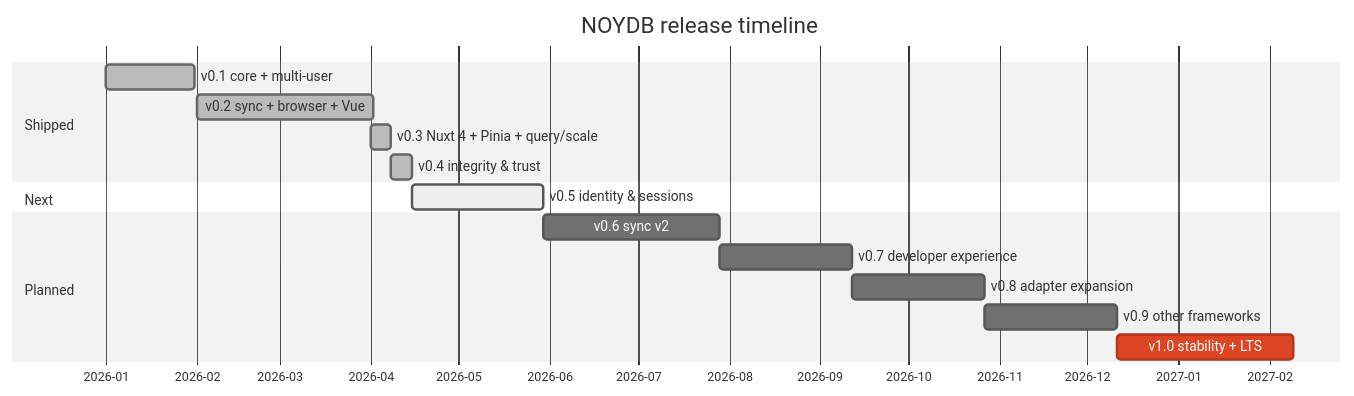
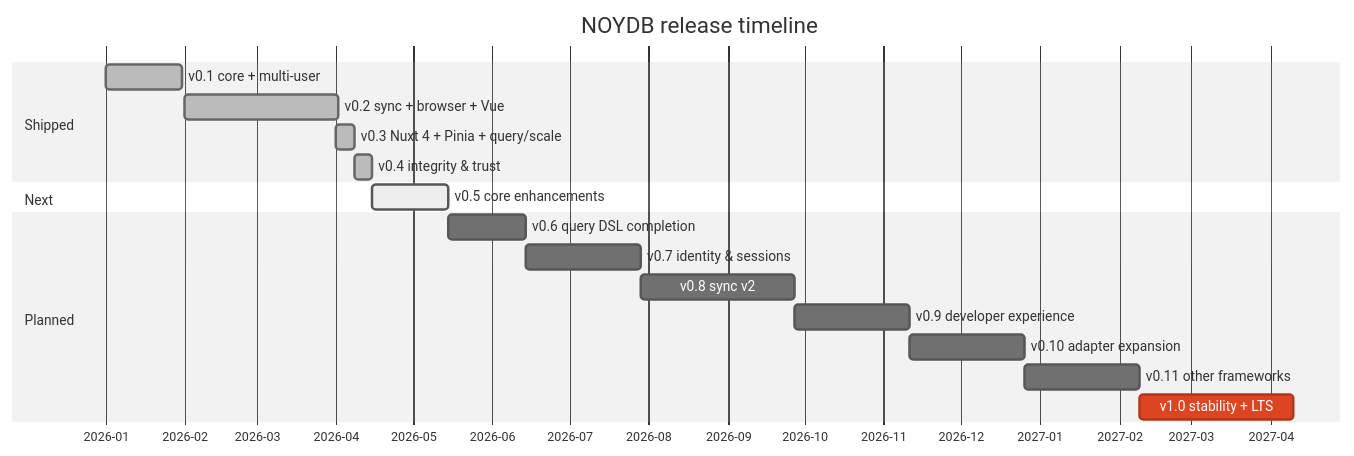
Before and after one commit to vLannaAi/noydb: the diagram in ROADMAP.md, drawn with Mermaid (neutral theme). The commit also changed other lines of this file, not shown here.

````diff
--- a/ROADMAP.md
+++ b/ROADMAP.md
@@ -40,19 +42,21 @@
 ```mermaid
 gantt
     title NOYDB release timeline
     dateFormat YYYY-MM
     axisFormat %Y-%m
     section Shipped
     v0.1 core + multi-user           :done,    v01, 2026-01, 30d
     v0.2 sync + browser + Vue        :done,    v02, 2026-02, 60d
     v0.3 Nuxt 4 + Pinia + query/scale :done,   v03, 2026-04, 7d
     v0.4 integrity & trust           :done,    v04, after v03, 7d
     section Next
-    v0.5 identity & sessions         :active,  v05, after v04, 45d
+    v0.5 core enhancements           :active,  v05, after v04, 30d
     section Planned
-    v0.6 sync v2                     :         v06, after v05, 60d
-    v0.7 developer experience        :         v07, after v06, 45d
-    v0.8 adapter expansion           :         v08, after v07, 45d
-    v0.9 other frameworks            :         v09, after v08, 45d
-    v1.0 stability + LTS             :crit,    v10, after v09, 60d
+    v0.6 query DSL completion        :         v06, after v05, 30d
+    v0.7 identity & sessions         :         v07, after v06, 45d
+    v0.8 sync v2                     :         v08, after v07, 60d
+    v0.9 developer experience        :         v09, after v08, 45d
+    v0.10 adapter expansion          :         v010, after v09, 45d
+    v0.11 other frameworks           :         v011, after v010, 45d
+    v1.0 stability + LTS             :crit,    v10, after v011, 60d
 ```
````
